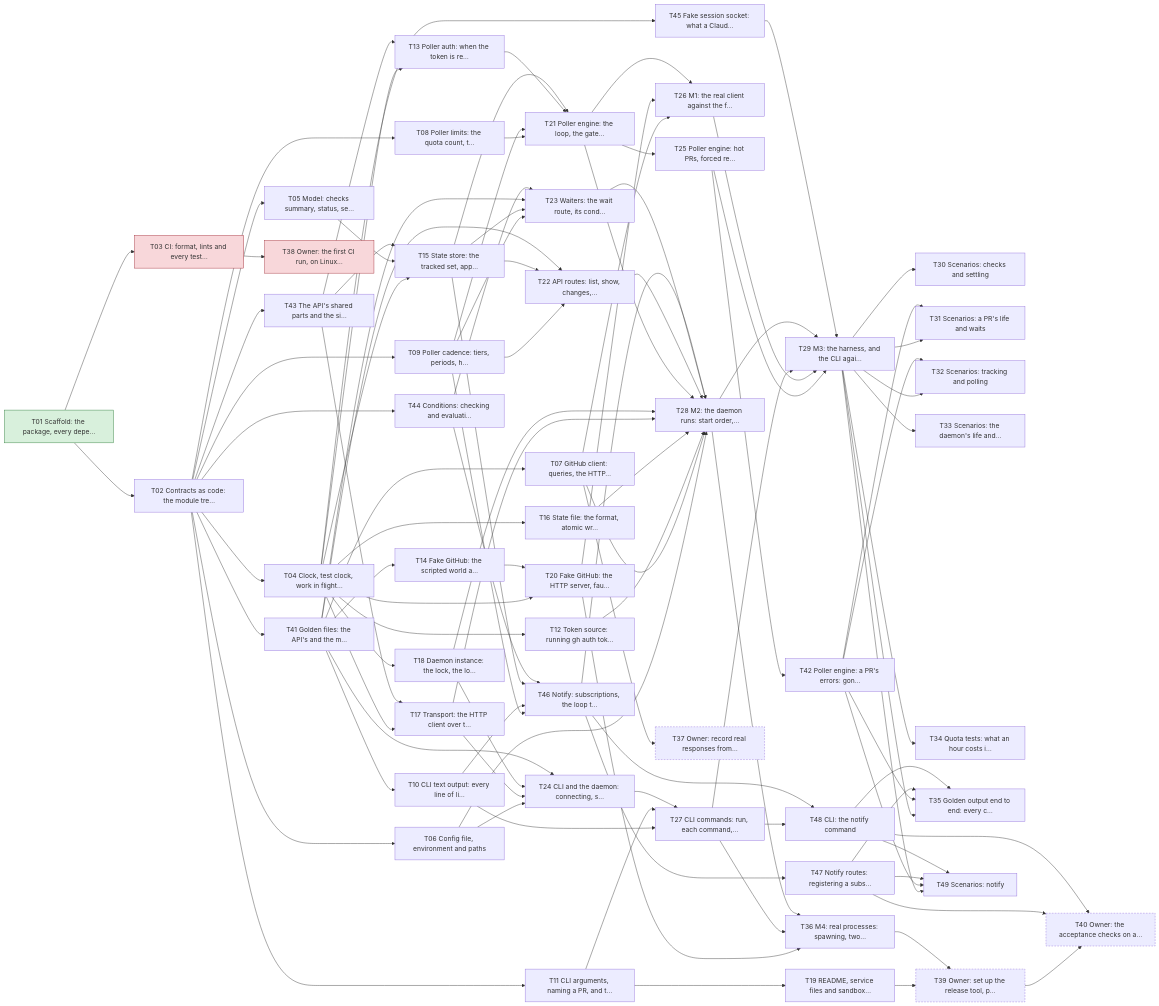
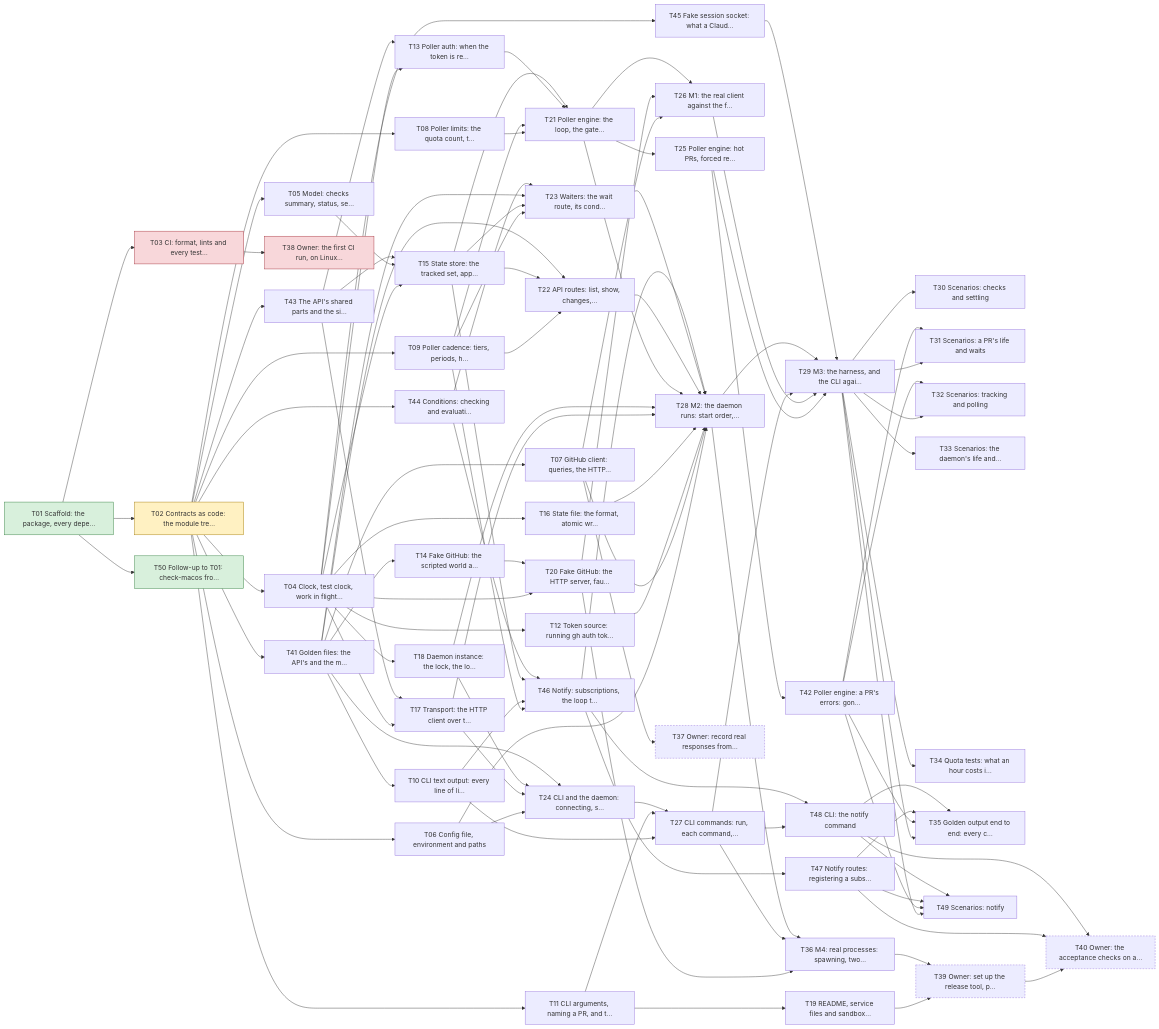
The diagram in plan/README.md (yachiko/circitor), drawn with Mermaid before and after one commit. The commit also changed other lines of this file and 12 other files, not shown here.

````diff
--- a/plan/README.md
+++ b/plan/README.md
@@ -137,7 +138,7 @@
 ```mermaid
 flowchart LR
   T01["T01 Scaffold: the package, every depe…"]:::done
-  T02["T02 Contracts as code: the module tre…"]
+  T02["T02 Contracts as code: the module tre…"]:::active
   T03["T03 CI: format, lints and every test…"]:::blocked
   T04["T04 Clock, test clock, work in flight…"]
   T05["T05 Model: checks summary, status, se…"]
@@ -185,6 +186,7 @@
   T47["T47 Notify routes: registering a subs…"]
   T48["T48 CLI: the notify command"]
   T49["T49 Scenarios: notify"]
+  T50["T50 Follow-up to T01: check-macos fro…"]:::done
   T01 --> T02
   T01 --> T03
   T02 --> T04
@@ -283,6 +285,7 @@
   T42 --> T49
   T47 --> T49
   T48 --> T49
+  T01 --> T50
   classDef done fill:#d8f0dc,stroke:#2f7d3b
   classDef active fill:#fff1c2,stroke:#a07800
   classDef blocked fill:#f8d7da,stroke:#a12a35
````
